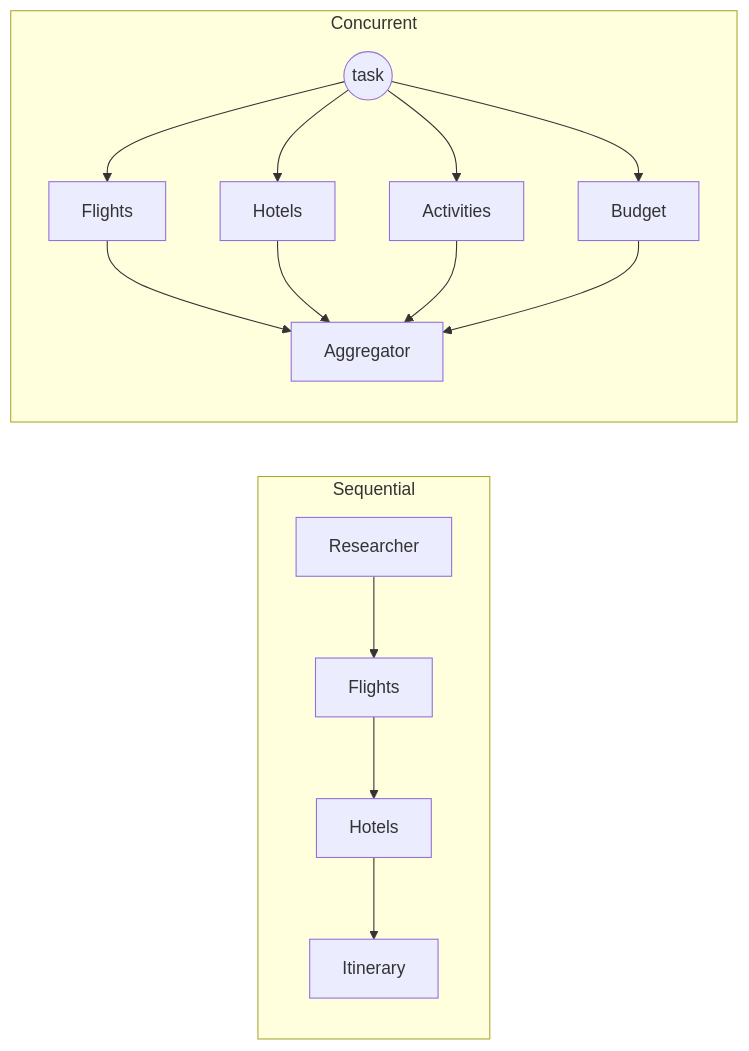
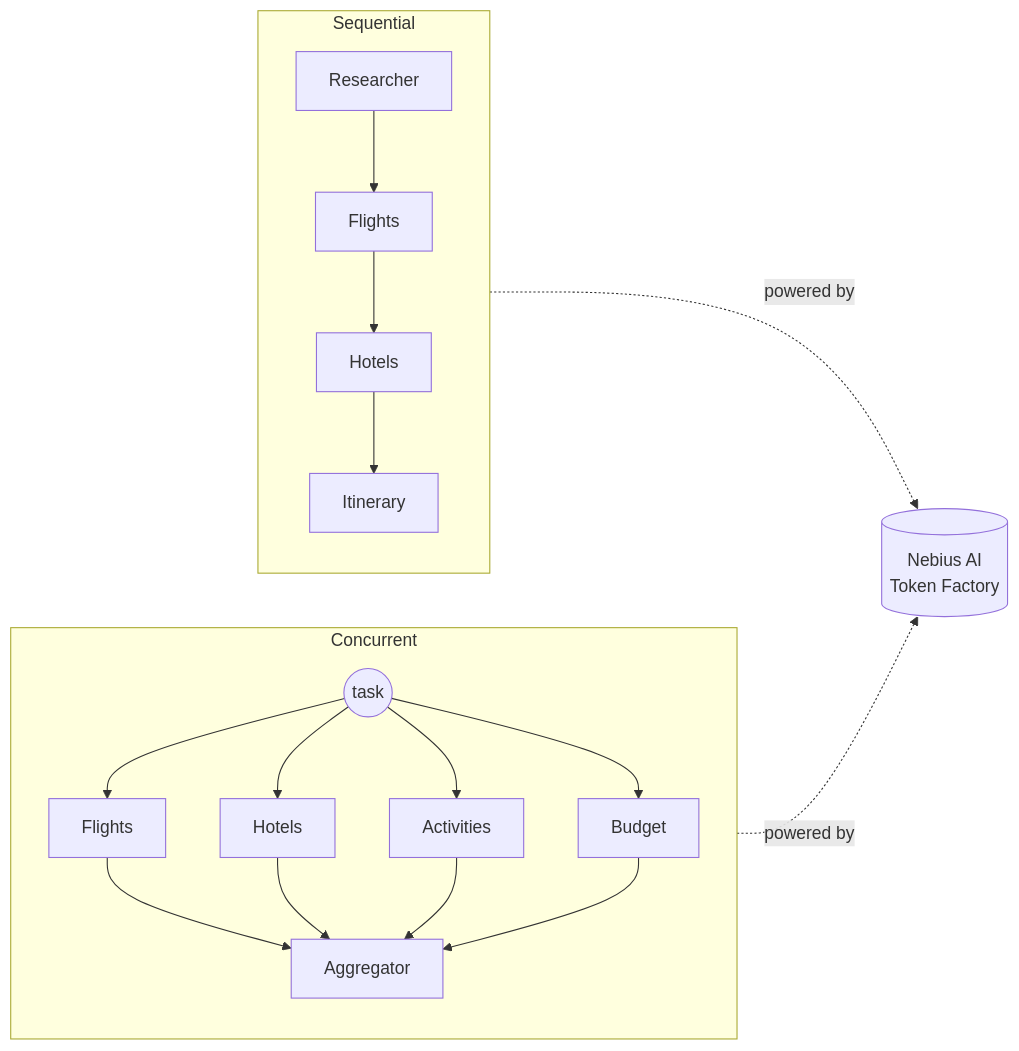
One commit to Arindam200/awesome-ai-apps changed the first of 2 diagrams in starter_ai_agents/microsoft_agents_starter/README.md. Above: the diagram before and after it, drawn with Mermaid. The commit also changed other lines of this file and 27 other files, not shown here.

Commit message:
Added Nebius Token Factory and updated all model using api.tokenfactory.nebius.com

````diff
--- a/starter_ai_agents/microsoft_agents_starter/README.md
+++ b/starter_ai_agents/microsoft_agents_starter/README.md
@@ -96,13 +131,15 @@
 ```mermaid
 flowchart LR
     subgraph SEQ[Sequential]
         a1[Researcher] --> a2[Flights] --> a3[Hotels] --> a4[Itinerary]
     end
     subgraph CON[Concurrent]
         t((task)) --> b1[Flights]
         t --> b2[Hotels]
         t --> b3[Activities]
         t --> b4[Budget]
         b1 & b2 & b3 & b4 --> agg[Aggregator]
     end
+    SEQ -.powered by.-> NEB[(Nebius AI<br/>Token Factory)]
+    CON -.powered by.-> NEB
 ```
````
